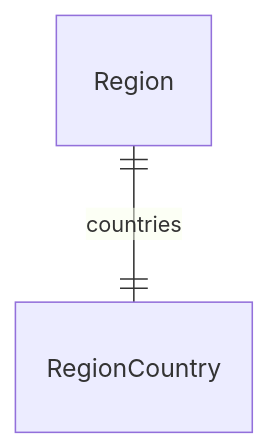
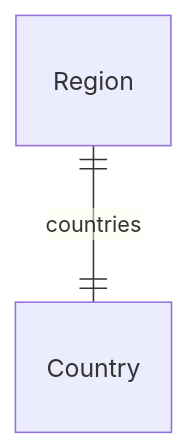
Before and after one commit to byteman0125/medusa: the diagram in www/apps/resources/references/modules/region_models/page.mdx, drawn with Mermaid. The commit also changed other lines of this file and 127 other files, not shown here.

````diff
--- a/www/apps/resources/references/modules/region_models/page.mdx
+++ b/www/apps/resources/references/modules/region_models/page.mdx
@@ -14,5 +14,5 @@
 ```mermaid
 erDiagram
-	Region ||--|| RegionCountry : countries
+	Region ||--|| Country : countries
 
 ```
````
